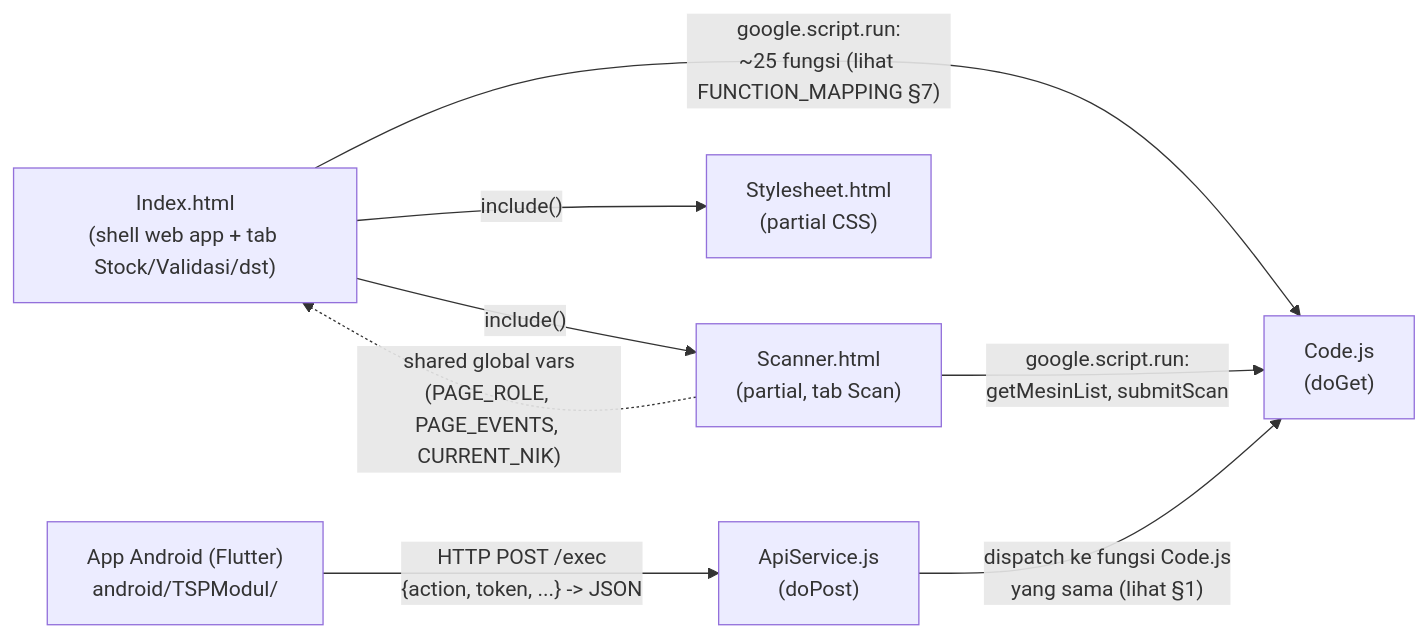
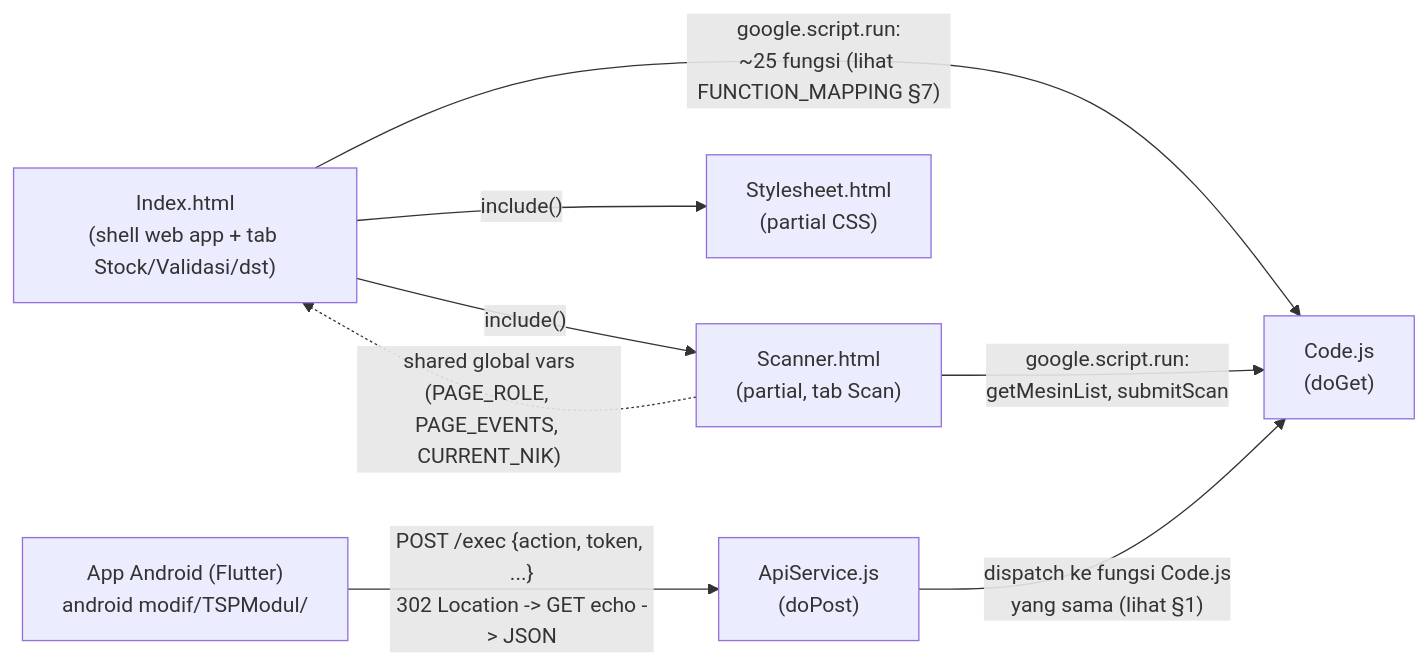
Before and after one commit to imannurchaedi-max/TSP: the second of 5 diagrams in dokumentasi/DEPENDENCY_MAP.md, drawn with Mermaid. The commit also changed other lines of this file and 206 other files, not shown here.

Commit message:
feat: harden android api and local release workflow

````diff
--- a/dokumentasi/DEPENDENCY_MAP.md
+++ b/dokumentasi/DEPENDENCY_MAP.md
@@ -63,17 +63,17 @@
 ```mermaid
 graph LR
   IndexHtml["Index.html<br/>(shell web app + tab Stock/Validasi/dst)"]
   ScannerHtml["Scanner.html<br/>(partial, tab Scan)"]
   StyleHtml["Stylesheet.html<br/>(partial CSS)"]
   CodeJs["Code.js<br/>(doGet)"]
   ApiSvc["ApiService.js<br/>(doPost)"]
-  FlutterApp["App Android (Flutter)<br/>android/TSPModul/"]
+  FlutterApp["App Android (Flutter)<br/>android modif/TSPModul/"]
 
   IndexHtml -- "include()" --> StyleHtml
   IndexHtml -- "include()" --> ScannerHtml
   IndexHtml -- "google.script.run:<br/>~25 fungsi (lihat FUNCTION_MAPPING §7)" --> CodeJs
   ScannerHtml -- "google.script.run:<br/>getMesinList, submitScan" --> CodeJs
   ScannerHtml -. "shared global vars<br/>(PAGE_ROLE, PAGE_EVENTS, CURRENT_NIK)" .-> IndexHtml
-  FlutterApp -- "HTTP POST /exec<br/>{action, token, ...} -> JSON" --> ApiSvc
+  FlutterApp -- "POST /exec {action, token, ...}<br/>302 Location -> GET echo -> JSON" --> ApiSvc
   ApiSvc -- "dispatch ke fungsi Code.js<br/>yang sama (lihat §1)" --> CodeJs
 ```
````
